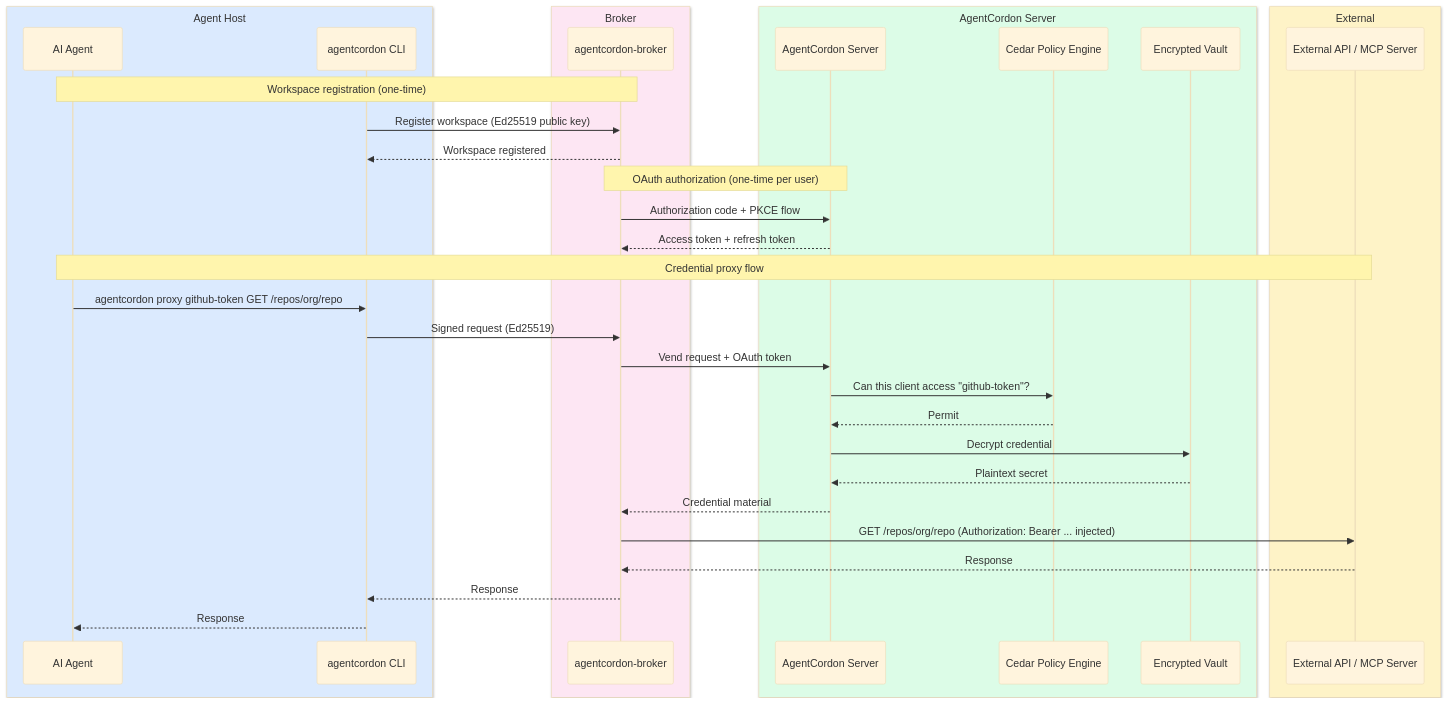
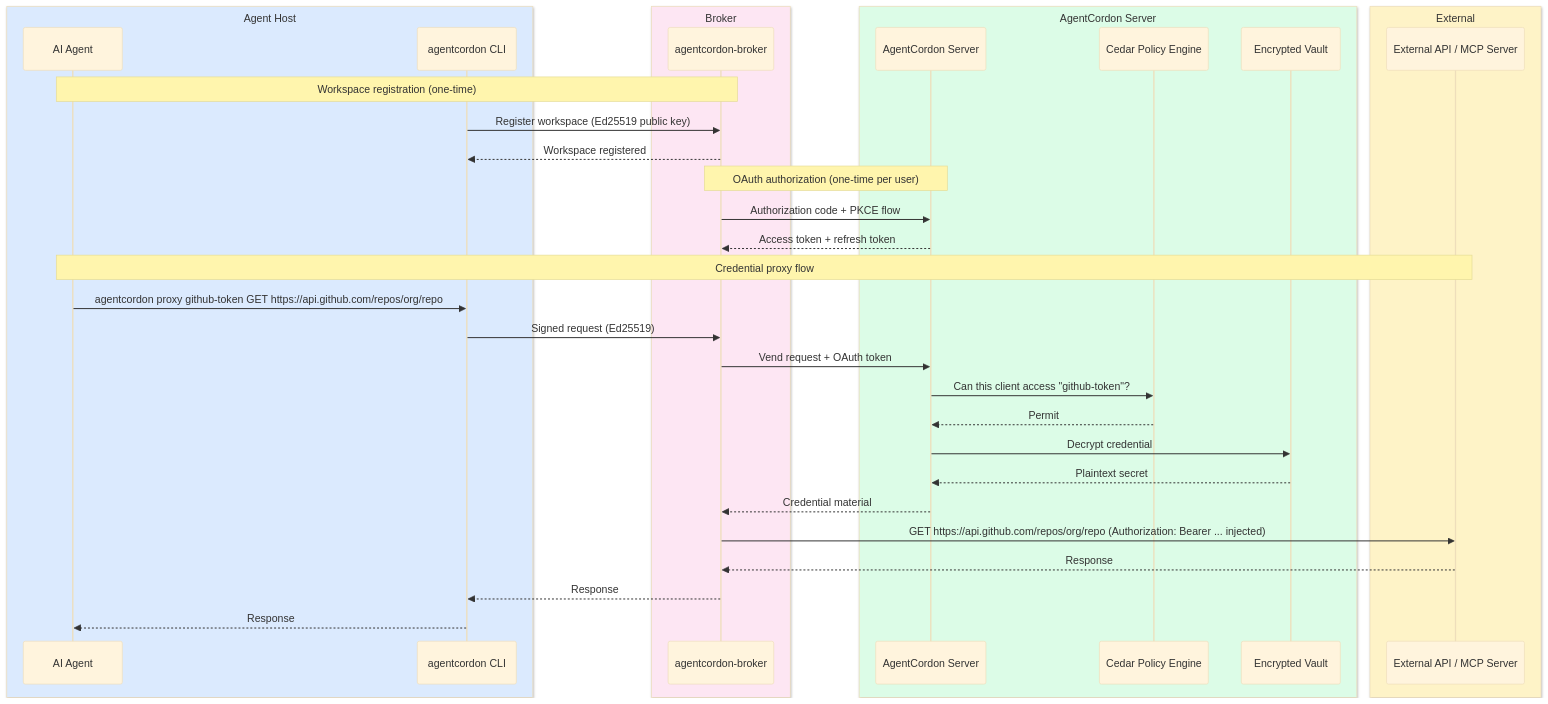
The diagram in README.md (agentcordon/agentcordon), drawn with Mermaid (base theme) before and after one commit. The commit also changed other lines of this file and 653 other files, not shown here.

````diff
--- a/README.md
+++ b/README.md
@@ -31,40 +31,40 @@
 ```mermaid
 sequenceDiagram
     box rgb(219,234,254) Agent Host
     participant Agent as AI Agent
     participant CLI as agentcordon CLI
     end
     box rgb(253,230,243) Broker
     participant Broker as agentcordon-broker
     end
     box rgb(220,252,231) AgentCordon Server
     participant Srv as AgentCordon Server
     participant Cedar as Cedar Policy Engine
     participant Vault as Encrypted Vault
     end
     box rgb(254,243,199) External
     participant Ext as External API / MCP Server
     end
 
     Note over Agent,Broker: Workspace registration (one-time)
     CLI->>Broker: Register workspace (Ed25519 public key)
     Broker-->>CLI: Workspace registered
 
     Note over Broker,Srv: OAuth authorization (one-time per user)
     Broker->>Srv: Authorization code + PKCE flow
     Srv-->>Broker: Access token + refresh token
 
     Note over Agent,Ext: Credential proxy flow
-    Agent->>CLI: agentcordon proxy github-token GET /repos/org/repo
+    Agent->>CLI: agentcordon proxy github-token GET https://api.github.com/repos/org/repo
     CLI->>Broker: Signed request (Ed25519)
     Broker->>Srv: Vend request + OAuth token
     Srv->>Cedar: Can this client access "github-token"?
     Cedar-->>Srv: Permit
     Srv->>Vault: Decrypt credential
     Vault-->>Srv: Plaintext secret
     Srv-->>Broker: Credential material
-    Broker->>Ext: GET /repos/org/repo (Authorization: Bearer ... injected)
+    Broker->>Ext: GET https://api.github.com/repos/org/repo (Authorization: Bearer ... injected)
     Ext-->>Broker: Response
     Broker-->>CLI: Response
     CLI-->>Agent: Response
 ```
````
